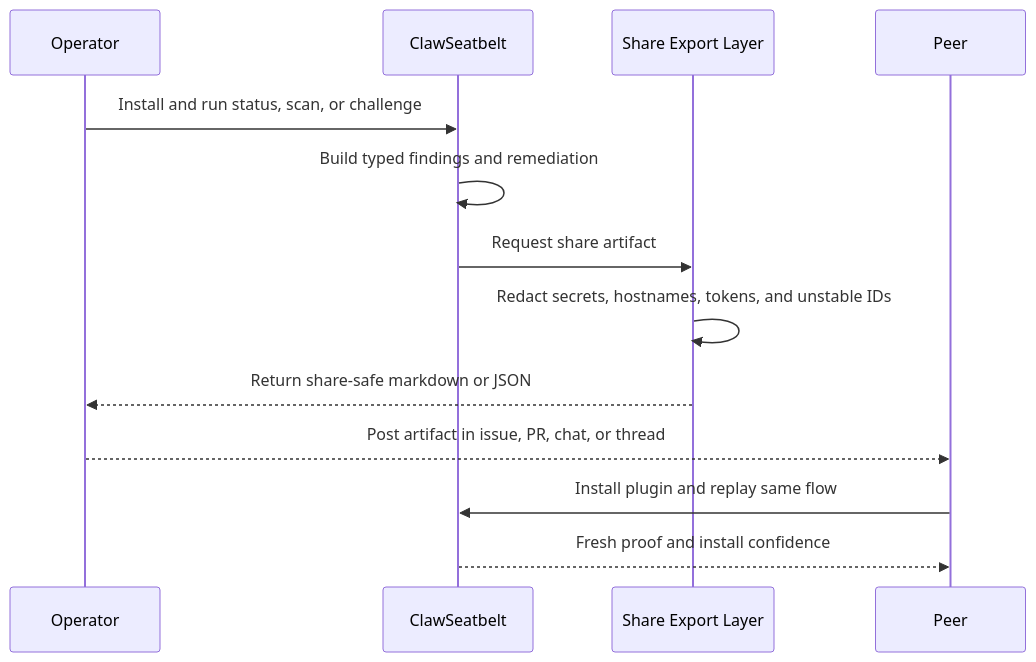
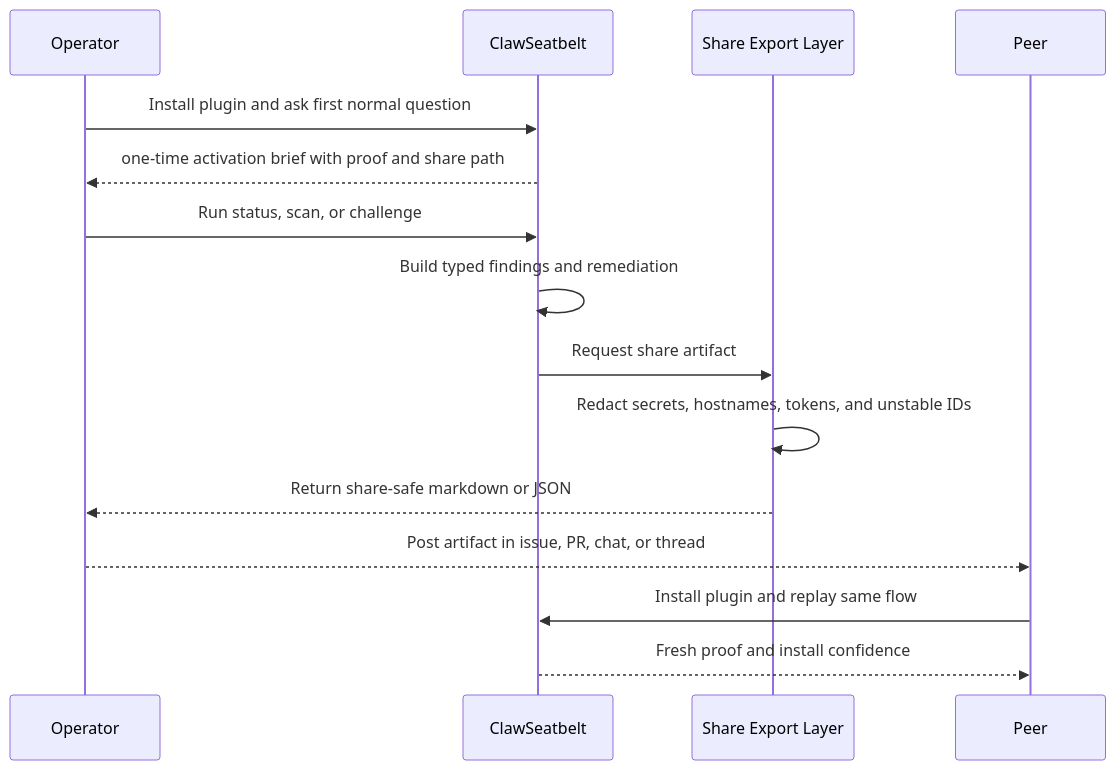
One commit to cschanhniem/clawshield changed the second of 3 diagrams in docs/architecture/trust-loop.md. Above: the diagram before and after it, drawn with Mermaid. The commit also changed other lines of this file and 40 other files, not shown here.

Commit message:
Release 0.1.3 with activation brief and Telegram aliases

````diff
--- a/docs/architecture/trust-loop.md
+++ b/docs/architecture/trust-loop.md
@@ -27,16 +28,18 @@
 ```mermaid
 sequenceDiagram
   participant Operator
   participant Plugin as ClawSeatbelt
   participant Export as Share Export Layer
   participant Peer
 
-  Operator->>Plugin: Install and run status, scan, or challenge
+  Operator->>Plugin: Install plugin and ask first normal question
+  Plugin-->>Operator: one-time activation brief with proof and share path
+  Operator->>Plugin: Run status, scan, or challenge
   Plugin->>Plugin: Build typed findings and remediation
   Plugin->>Export: Request share artifact
   Export->>Export: Redact secrets, hostnames, tokens, and unstable IDs
   Export-->>Operator: Return share-safe markdown or JSON
   Operator-->>Peer: Post artifact in issue, PR, chat, or thread
   Peer->>Plugin: Install plugin and replay same flow
   Plugin-->>Peer: Fresh proof and install confidence
 ```
````
